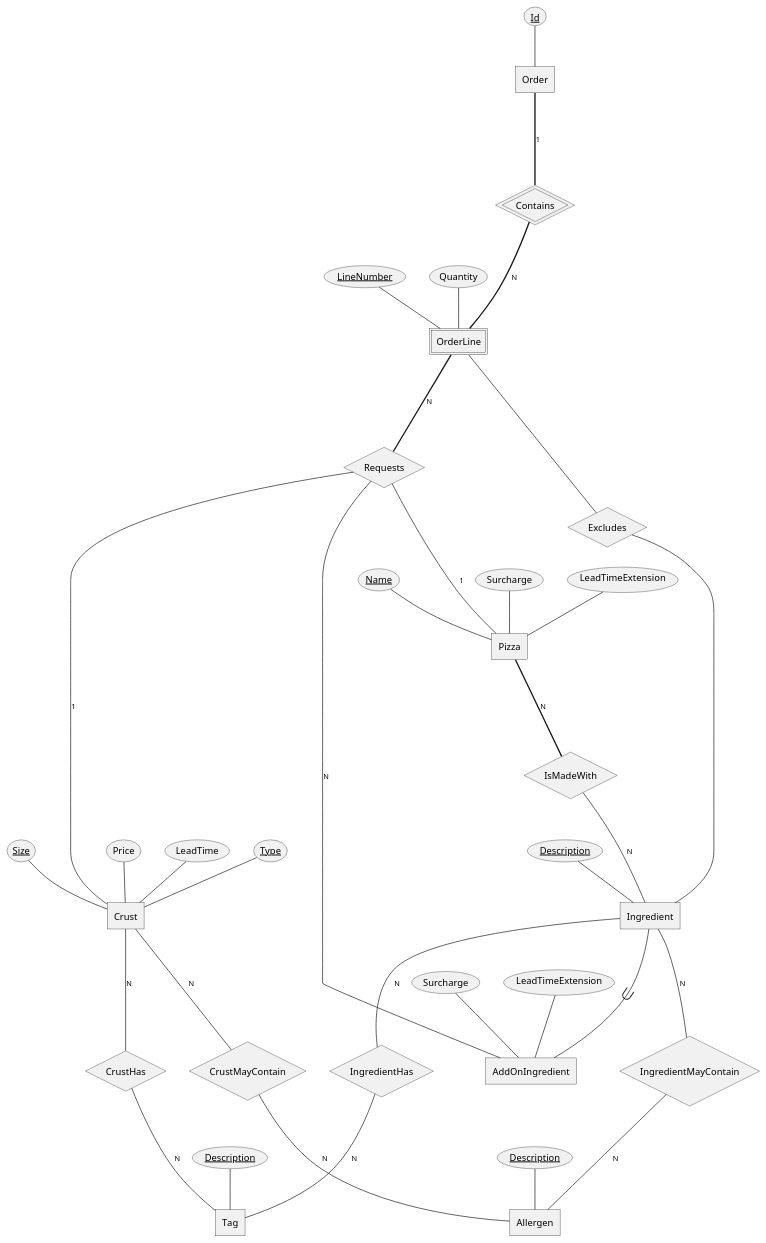
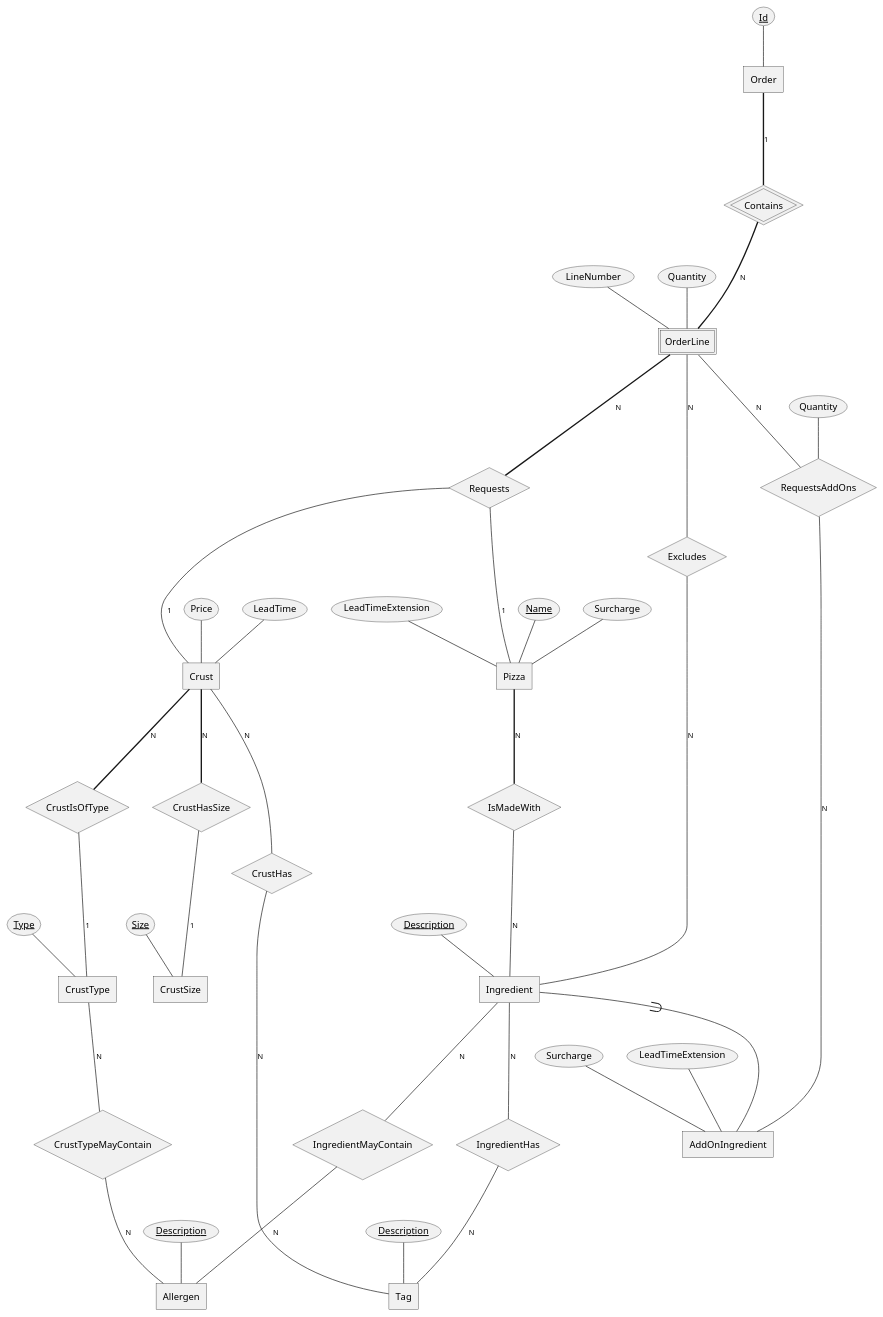
The diagram in Pizzageddon/02-logical.puml (Peter-Oestergaard/Database-for-udviklere), drawn with PlantUML before and after one commit. The commit also changed 5 other files, not shown here.

Commit message:
Schema complete

```diff
--- a/Pizzageddon/02-logical.puml
+++ b/Pizzageddon/02-logical.puml
@@ -1,104 +1,130 @@
 @startchen Pizzageddon
 
 entity Order {
     Id <<key>>
 }
 
 entity OrderLine <<weak>> {
-    LineNumber <<key>>
+    LineNumber
     Quantity
 }
 
 relationship Contains <<identifying>> {
 
 }
 
 Order =1= Contains
 Contains =N= OrderLine
 
 relationship Requests {
 
 }
 
+relationship RequestsAddOns {
+    Quantity
+}
+
 relationship Excludes {
 
 }
 
+entity CrustType {
+    Type <<key>>
+}
+
+entity CrustSize {
+    Size <<key>>
+}
+
 entity Crust {
-    Type <<key>>
-    Size <<key>>
     Price
     LeadTime
 }
+
+relationship CrustHasSize {
+
+}
+
+relationship CrustIsOfType {
+
+}
+
+Crust =N= CrustHasSize
+CrustHasSize -1- CrustSize
+
+Crust =N= CrustIsOfType
+CrustIsOfType -1- CrustType
 
 entity Pizza {
     Name <<key>>
     Surcharge
     LeadTimeExtension
 }
 
 entity Ingredient {
     Description <<key>>
 }
 
 entity AddOnIngredient {
     Surcharge
     LeadTimeExtension
 }
 
 OrderLine =N= Requests
 Requests -1- Crust
 Requests -1- Pizza
-Requests -N- AddOnIngredient
 
-OrderLine -- Excludes
-Excludes -- Ingredient
+OrderLine -N- RequestsAddOns
+RequestsAddOns -N- AddOnIngredient
+
+OrderLine -N- Excludes
+Excludes -N- Ingredient
 
 entity Tag {
     Description <<key>>
 }
 
 entity Allergen {
     Description <<key>>
 }
 
 relationship CrustHas {
 
 }
 
 Crust -N- CrustHas
 CrustHas -N- Tag
 
 relationship IngredientHas {
 
 }
 
 Ingredient -N- IngredientHas
 IngredientHas -N- Tag
 
 relationship IsMadeWith {
 
 }
 
 Pizza =N= IsMadeWith
 IsMadeWith -N- Ingredient
 
 
-relationship CrustMayContain {
+relationship CrustTypeMayContain {
 
 }
 
-Crust -N- CrustMayContain
-CrustMayContain -N- Allergen
+CrustType -N- CrustTypeMayContain
+CrustTypeMayContain -N- Allergen
 
 relationship IngredientMayContain {
 
 }
 
 Ingredient -N- IngredientMayContain
 IngredientMayContain -N- Allergen
 
 Ingredient ->- AddOnIngredient
 
 
 @endchen
```
